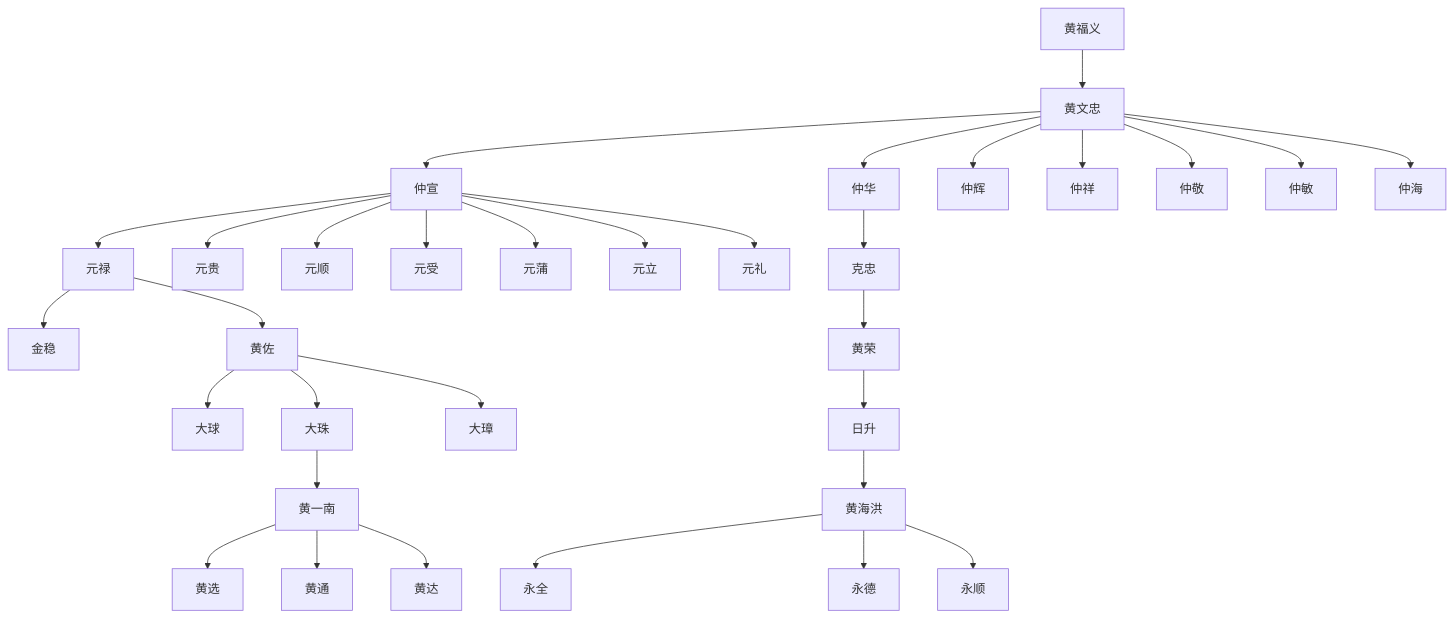
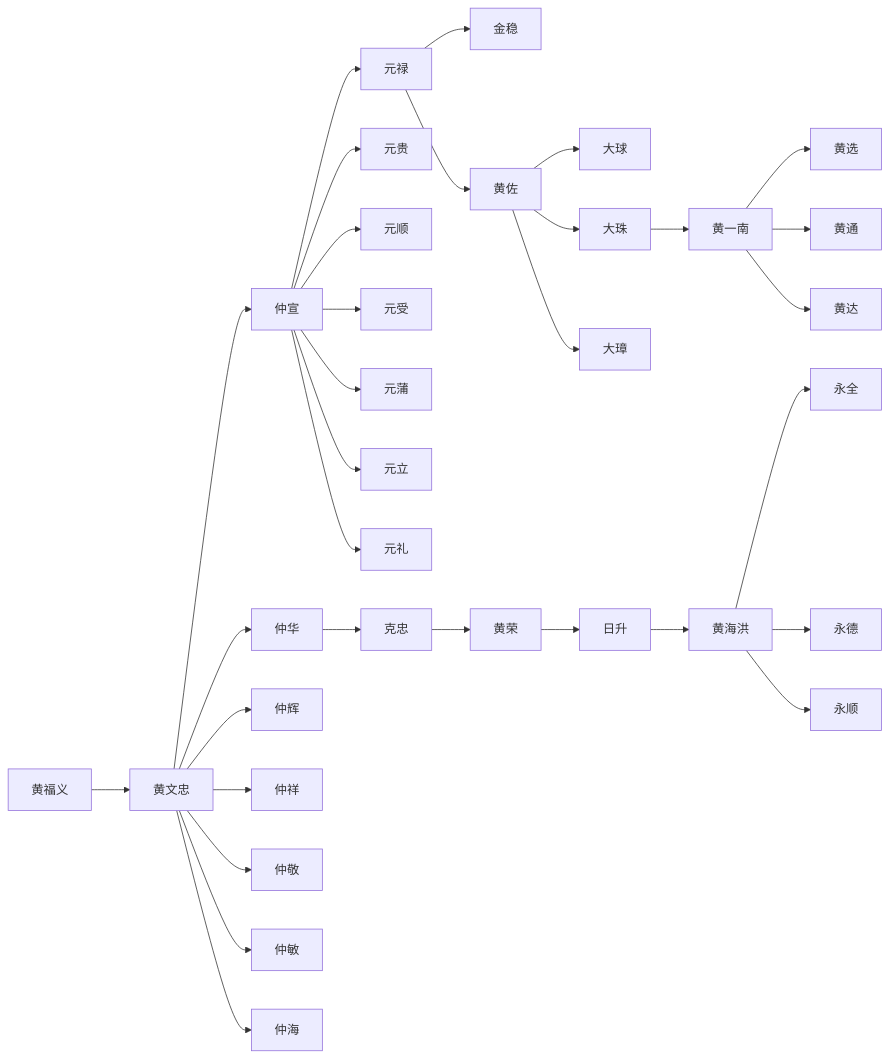
Before and after one commit to jeanim/jiapu: the diagram in contents/chapter2.md, drawn with Mermaid.

```diff
--- a/contents/chapter2.md
+++ b/contents/chapter2.md
@@ -5,34 +5,34 @@
 {% mermaid %}
-graph TB;
+graph LR;
   huangfuyi["黄福义"]-->huangwenzhong["黄文忠"];
   huangwenzhong["黄文忠"]-->zhongxuan["仲宣"];
   zhongxuan["仲宣"]-->yuanlu["元禄"];
   yuanlu["元禄"]-->jingwen["金稳"];
   yuanlu["元禄"]-->huangzuo["黄佐"];
   huangzuo["黄佐"]-->daqiu["大球"];
   huangzuo["黄佐"]-->dazhu["大珠"];
   dazhu["大珠"]-->huangyinan["黄一南"];
   huangyinan["黄一南"]-->huangxuan["黄选"];
   huangyinan["黄一南"]-->huangtong["黄通"];
   huangyinan["黄一南"]-->huangda["黄达"];
   huangzuo["黄佐"]-->dazhang["大璋"];
   zhongxuan["仲宣"]-->yuangui["元贵"];
   zhongxuan["仲宣"]-->yuanshun["元顺"];
   zhongxuan["仲宣"]-->yuanshou["元受"];
   zhongxuan["仲宣"]-->yuanpu["元蒲"];
   zhongxuan["仲宣"]-->yuanli["元立"];
   zhongxuan["仲宣"]-->yuanli2["元礼"];
   huangwenzhong["黄文忠"]-->zhonghua["仲华"];
   zhonghua["仲华"]-->kezhong["克忠"];
   kezhong["克忠"]-->huangrong["黄荣"];
   huangrong["黄荣"]-->risheng["日升"];
   risheng["日升"]-->huanghaihong["黄海洪"];
   huanghaihong["黄海洪"]-->yongquan["永全"];
   huanghaihong["黄海洪"]-->yongde["永德"];
   huanghaihong["黄海洪"]-->yongshun["永顺"];
   huangwenzhong["黄文忠"]-->zhonghui["仲辉"];
   huangwenzhong["黄文忠"]-->zhongxiang["仲祥"];
   huangwenzhong["黄文忠"]-->zhongjing["仲敬"];
   huangwenzhong["黄文忠"]-->zhongmin["仲敏"];
   huangwenzhong["黄文忠"]-->zhonghai["仲海"];  
 {% endmermaid %}
```
